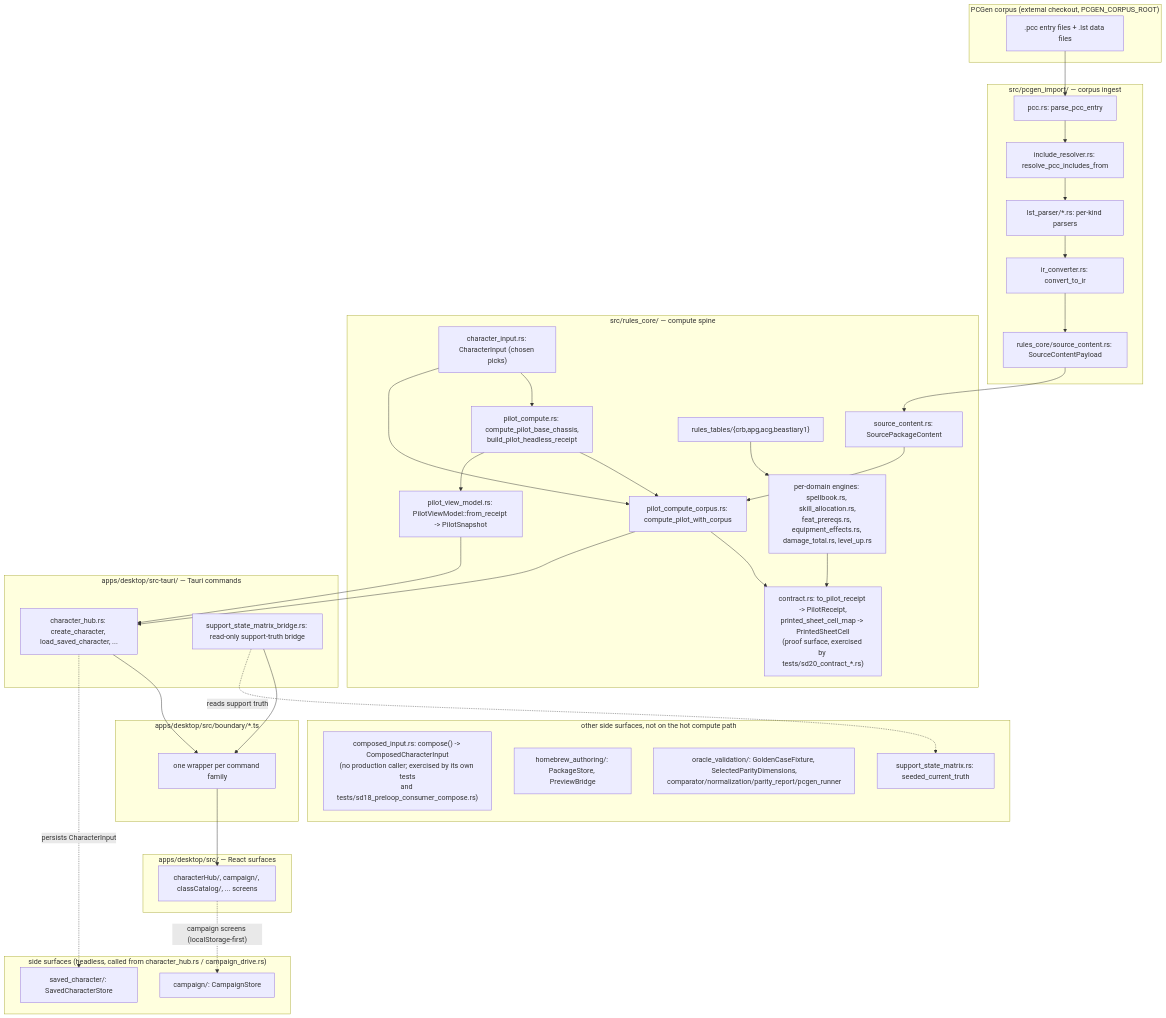
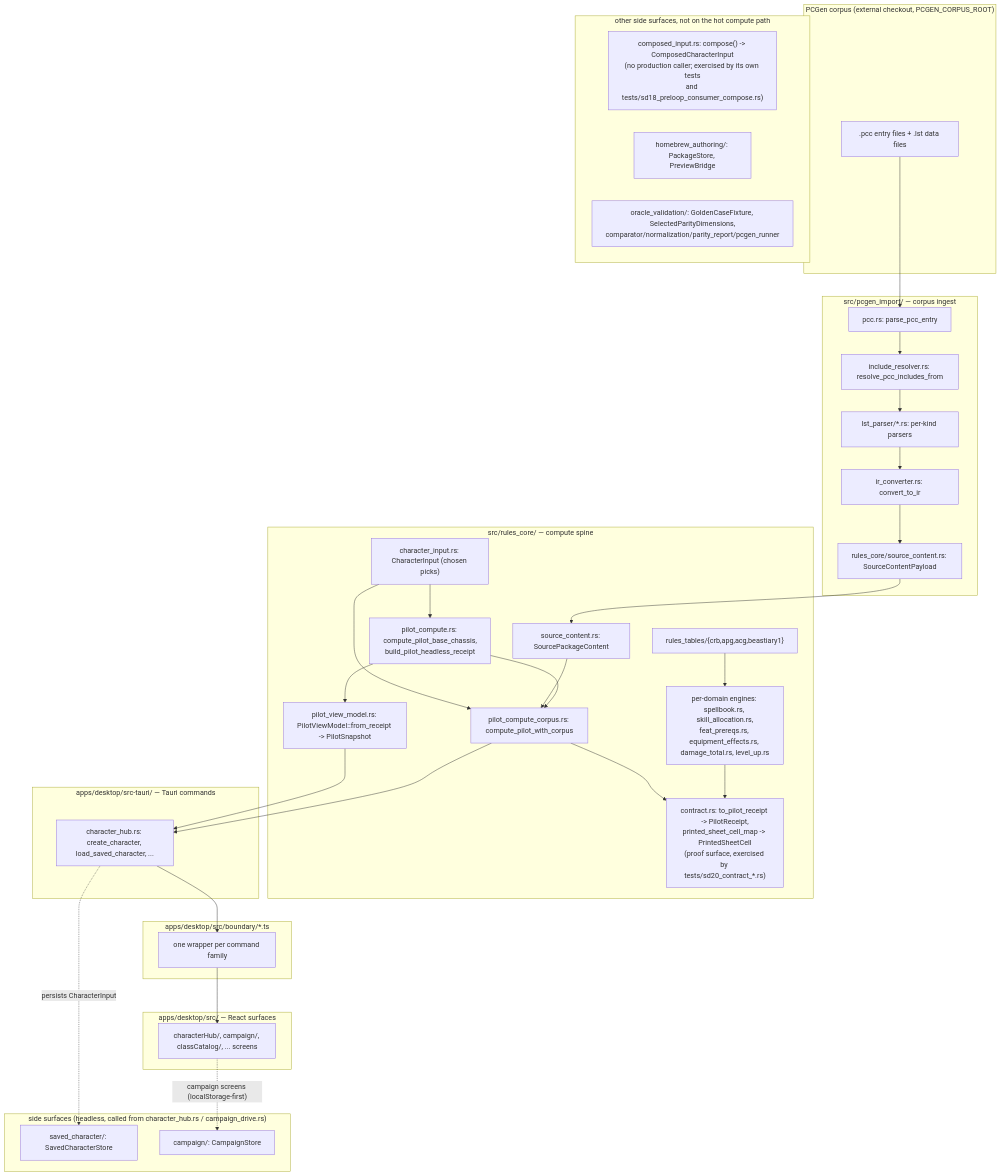
One commit to electricm0nk/codex changed the diagram in docs/architecture/overview.md. Above: the diagram before and after it, drawn with Mermaid. The commit also changed other lines of this file and 28 other files, not shown here.

````diff
--- a/docs/architecture/overview.md
+++ b/docs/architecture/overview.md
@@ -102,67 +102,63 @@
 ```mermaid
 flowchart TD
     subgraph corpus["PCGen corpus (external checkout, PCGEN_CORPUS_ROOT)"]
         PCC[".pcc entry files + .lst data files"]
     end
 
     subgraph ingest["src/pcgen_import/ — corpus ingest"]
         PCCRS["pcc.rs: parse_pcc_entry"]
         INC["include_resolver.rs: resolve_pcc_includes_from"]
         LST["lst_parser/*.rs: per-kind parsers"]
         IRC["ir_converter.rs: convert_to_ir"]
         SCP["rules_core/source_content.rs: SourceContentPayload"]
     end
 
     subgraph rulescore["src/rules_core/ — compute spine"]
         SC["source_content.rs: SourcePackageContent"]
         CI["character_input.rs: CharacterInput (chosen picks)"]
         PC["pilot_compute.rs: compute_pilot_base_chassis,\nbuild_pilot_headless_receipt"]
         PCC2["pilot_compute_corpus.rs: compute_pilot_with_corpus"]
         VM["pilot_view_model.rs: PilotViewModel::from_receipt -> PilotSnapshot"]
         DOMAIN["per-domain engines: spellbook.rs, skill_allocation.rs,\nfeat_prereqs.rs, equipment_effects.rs, damage_total.rs, level_up.rs"]
         TABLES["rules_tables/{crb,apg,acg,beastiary1}"]
         CONTRACT["contract.rs: to_pilot_receipt -> PilotReceipt,\nprinted_sheet_cell_map -> PrintedSheetCell\n(proof surface, exercised by tests/sd20_contract_*.rs)"]
     end
 
     subgraph tauri["apps/desktop/src-tauri/ — Tauri commands"]
         CH["character_hub.rs: create_character, load_saved_character, ..."]
-        SD13B["support_state_matrix_bridge.rs: read-only support-truth bridge"]
     end
 
     subgraph boundary["apps/desktop/src/boundary/*.ts"]
         BND["one wrapper per command family"]
     end
 
     subgraph react["apps/desktop/src/ — React surfaces"]
         UI["characterHub/, campaign/, classCatalog/, ... screens"]
     end
 
     PCC --> PCCRS --> INC --> LST --> IRC --> SCP --> SC
     CI --> PC
     CI --> PCC2
     SC --> PCC2
     PC --> PCC2
     TABLES --> DOMAIN
     PCC2 --> CONTRACT
     DOMAIN --> CONTRACT
     PC --> VM
     VM --> CH
     PCC2 --> CH
     CH --> BND --> UI
-    SD13B --> BND
 
     subgraph persist["side surfaces (headless, called from character_hub.rs / campaign_drive.rs)"]
         SAVED["saved_character/: SavedCharacterStore"]
         CAMP["campaign/: CampaignStore"]
     end
     CH -.persists CharacterInput.-> SAVED
     UI -.campaign screens (localStorage-first).-> CAMP
 
     subgraph side["other side surfaces, not on the hot compute path"]
         COMP["composed_input.rs: compose() -> ComposedCharacterInput\n(no production caller; exercised by its own tests\nand tests/sd18_preloop_consumer_compose.rs)"]
         HB["homebrew_authoring/: PackageStore, PreviewBridge"]
         OV["oracle_validation/: GoldenCaseFixture, SelectedParityDimensions,\ncomparator/normalization/parity_report/pcgen_runner"]
-        SSM["support_state_matrix.rs: seeded_current_truth"]
     end
-    SD13B -.reads support truth.-> SSM
 ```
````
